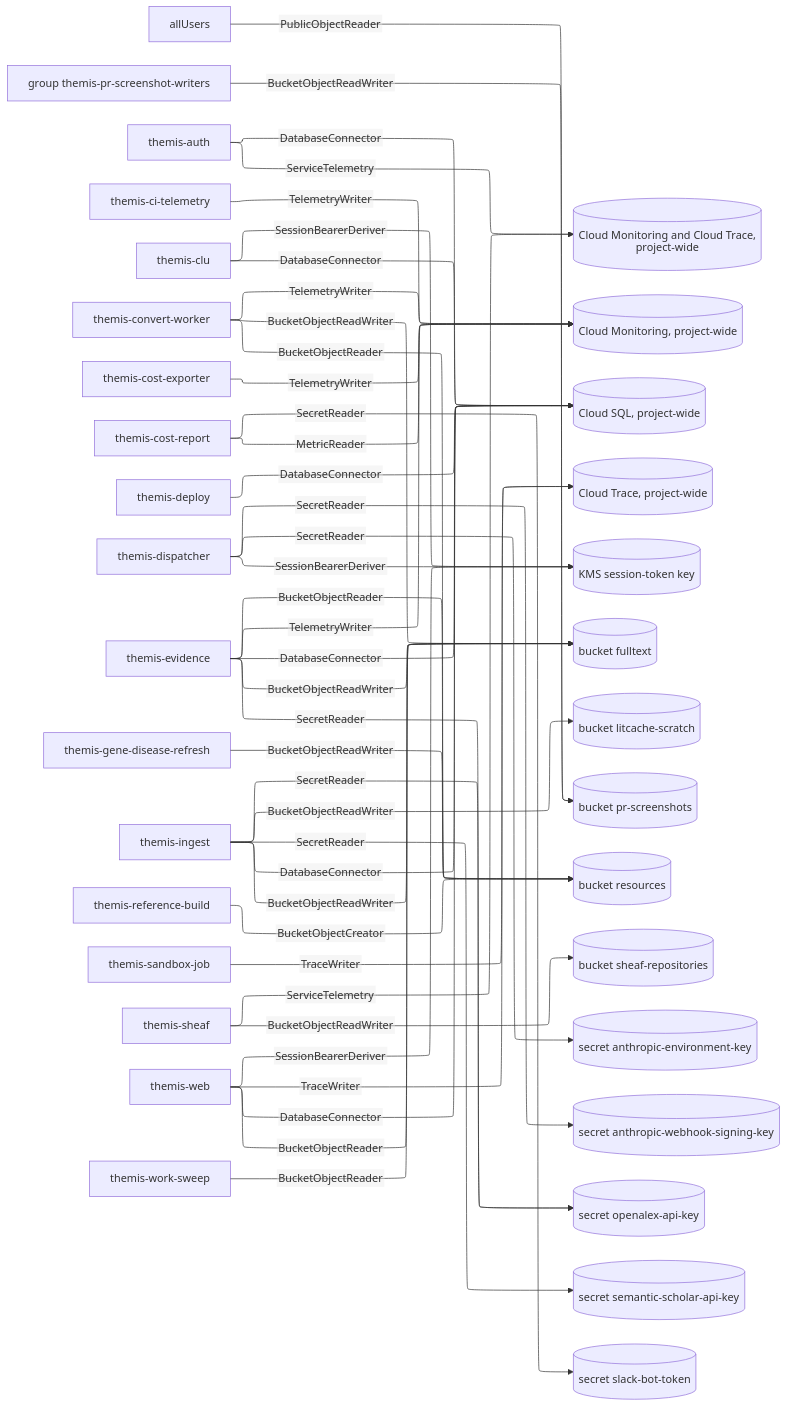
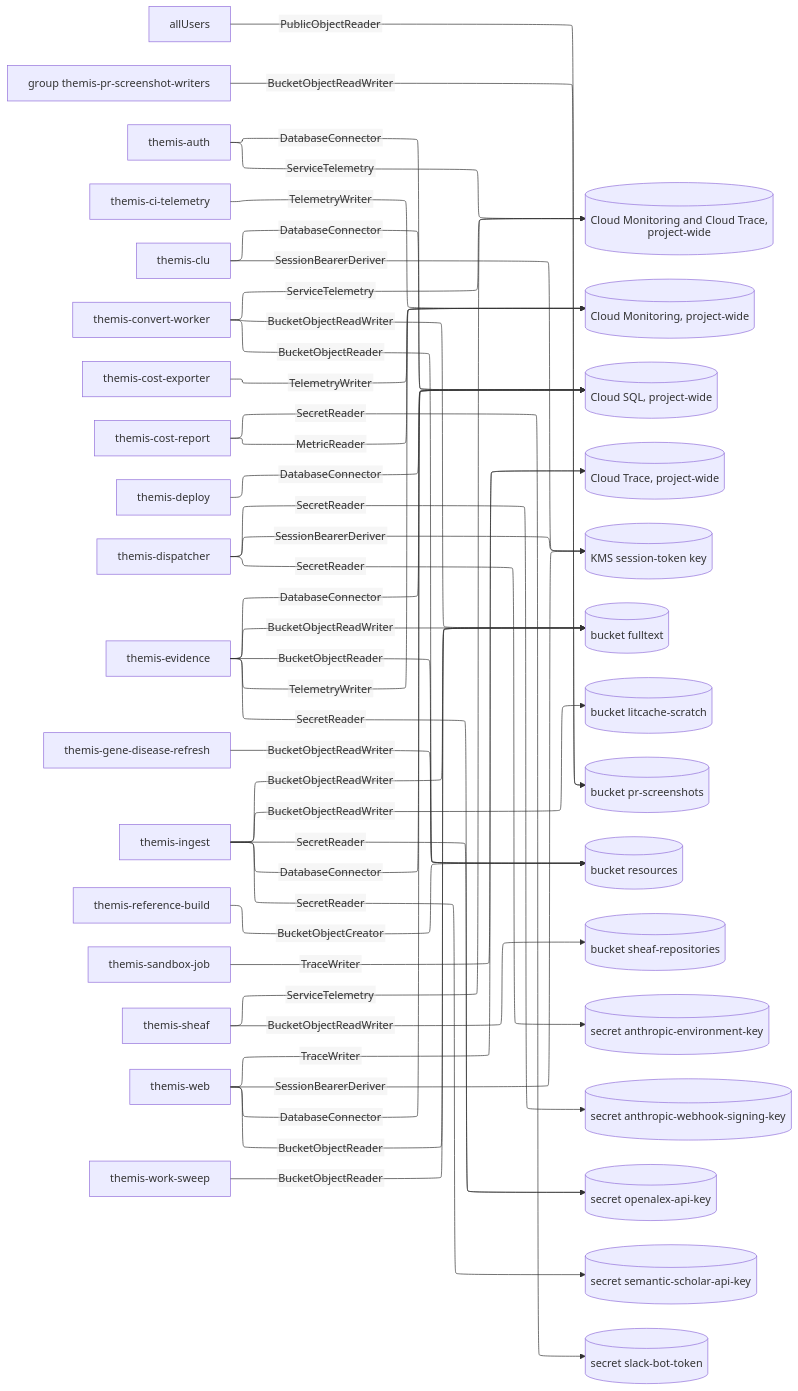
One commit to populationgenomics/themis changed the diagram in docs/design/grants/data.mmd. Above: the diagram before and after it, drawn with Mermaid. The commit also changed 21 other files, not shown here.

```diff
--- a/docs/design/grants/data.mmd
+++ b/docs/design/grants/data.mmd
@@ -1,72 +1,72 @@
 %%{init: {"layout": "elk", "elk": {"mergeEdges": true, "nodePlacementStrategy": "NETWORK_SIMPLEX"}, "htmlLabels": false, "flowchart": {"htmlLabels": false, "wrappingWidth": 320}}}%%
 flowchart LR
     n0["allUsers"]
     n1["group themis-pr-screenshot-writers"]
     n2["themis-auth"]
     n3["themis-ci-telemetry"]
     n4["themis-clu"]
     n5["themis-convert-worker"]
     n6["themis-cost-exporter"]
     n7["themis-cost-report"]
     n8["themis-deploy"]
     n9["themis-dispatcher"]
     n10["themis-evidence"]
     n11["themis-gene-disease-refresh"]
     n12["themis-ingest"]
     n13["themis-reference-build"]
     n14["themis-sandbox-job"]
     n15["themis-sheaf"]
     n16["themis-web"]
     n17["themis-work-sweep"]
     n18[("Cloud Monitoring and Cloud Trace, project-wide")]
     n19[("Cloud Monitoring, project-wide")]
     n20[("Cloud SQL, project-wide")]
     n21[("Cloud Trace, project-wide")]
     n22[("KMS session-token key")]
     n23[("bucket fulltext")]
     n24[("bucket litcache-scratch")]
     n25[("bucket pr-screenshots")]
     n26[("bucket resources")]
     n27[("bucket sheaf-repositories")]
     n28[("secret anthropic-environment-key")]
     n29[("secret anthropic-webhook-signing-key")]
     n30[("secret openalex-api-key")]
     n31[("secret semantic-scholar-api-key")]
     n32[("secret slack-bot-token")]
     n0 -->|PublicObjectReader| n25
     n1 -->|BucketObjectReadWriter| n25
     n2 -->|DatabaseConnector| n20
     n2 -->|ServiceTelemetry| n18
     n3 -->|TelemetryWriter| n19
     n4 -->|DatabaseConnector| n20
     n4 -->|SessionBearerDeriver| n22
     n5 -->|BucketObjectReadWriter| n23
     n5 -->|BucketObjectReader| n26
-    n5 -->|TelemetryWriter| n19
+    n5 -->|ServiceTelemetry| n18
     n6 -->|TelemetryWriter| n19
     n7 -->|MetricReader| n19
     n7 -->|SecretReader| n32
     n8 -->|DatabaseConnector| n20
     n9 -->|SecretReader| n28
     n9 -->|SecretReader| n29
     n9 -->|SessionBearerDeriver| n22
     n10 -->|BucketObjectReadWriter| n23
     n10 -->|BucketObjectReader| n26
     n10 -->|DatabaseConnector| n20
     n10 -->|SecretReader| n30
     n10 -->|TelemetryWriter| n19
     n11 -->|BucketObjectReadWriter| n26
     n12 -->|BucketObjectReadWriter| n23
     n12 -->|BucketObjectReadWriter| n24
     n12 -->|DatabaseConnector| n20
     n12 -->|SecretReader| n30
     n12 -->|SecretReader| n31
     n13 -->|BucketObjectCreator| n26
     n14 -->|TraceWriter| n21
     n15 -->|BucketObjectReadWriter| n27
     n15 -->|ServiceTelemetry| n18
     n16 -->|BucketObjectReader| n23
     n16 -->|DatabaseConnector| n20
     n16 -->|SessionBearerDeriver| n22
     n16 -->|TraceWriter| n21
     n17 -->|BucketObjectReader| n23
```
